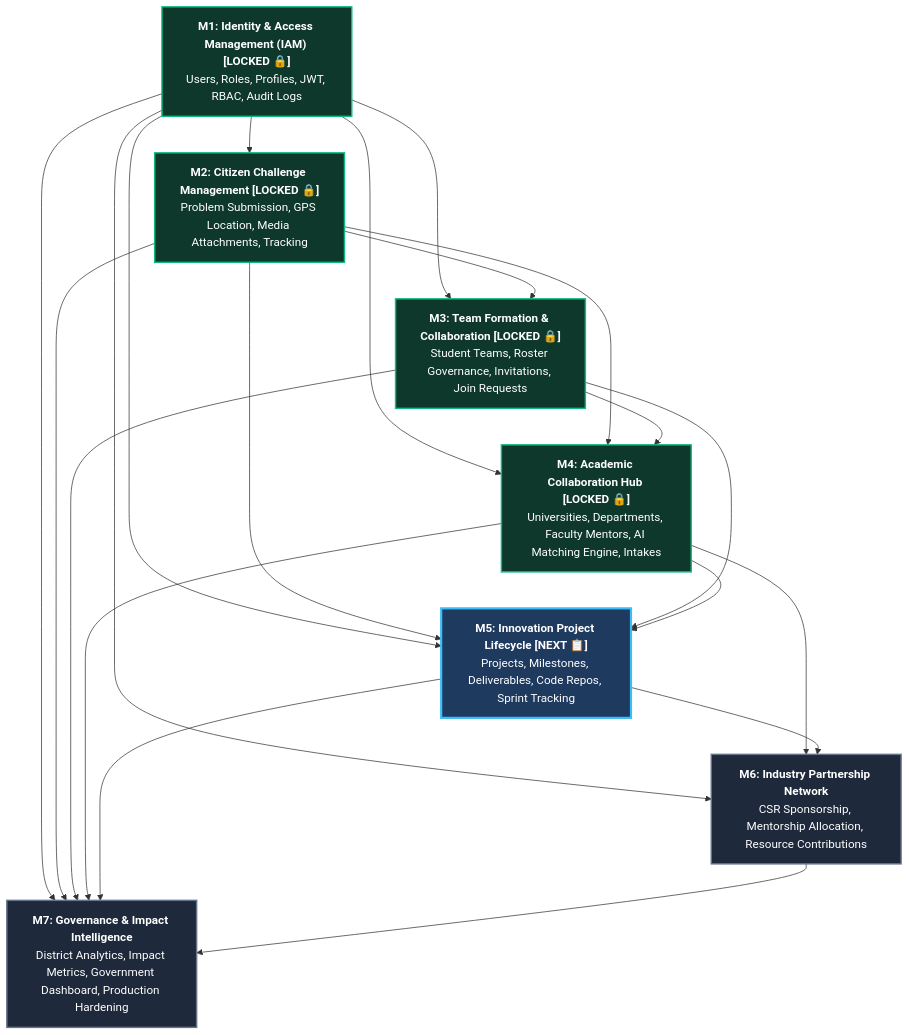
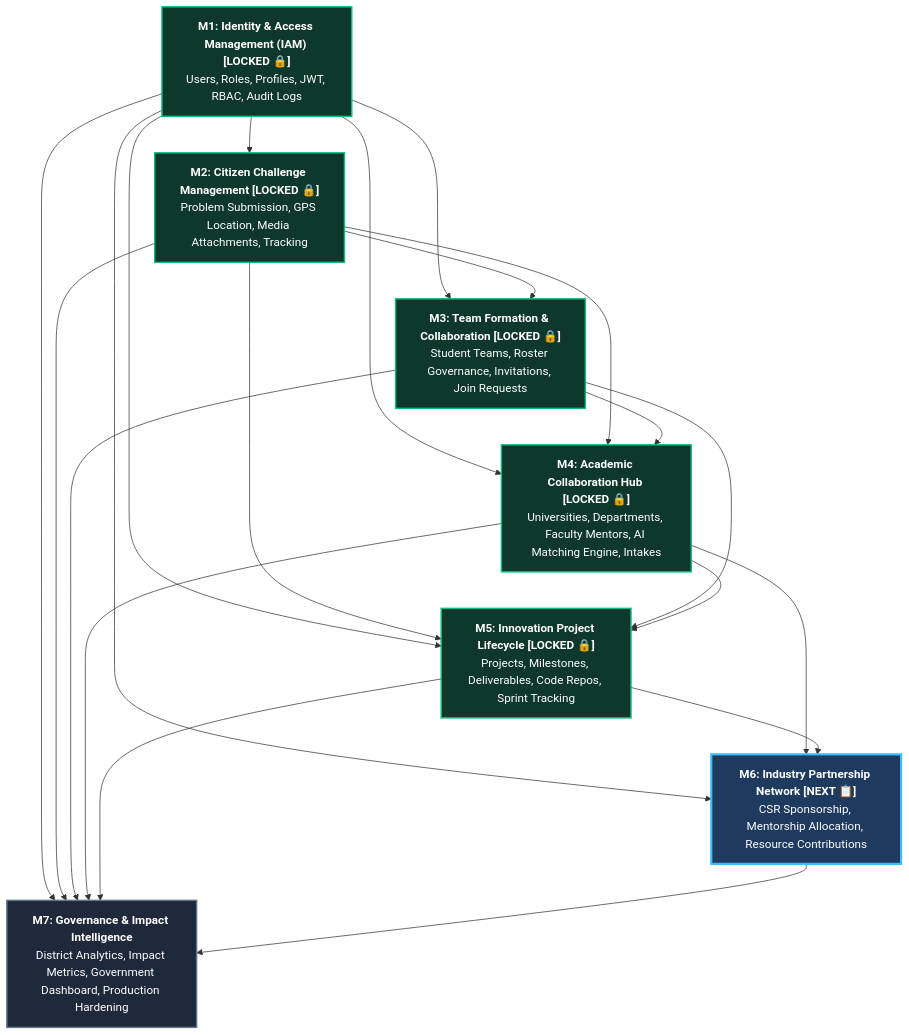
Before and after one commit to complex-day/SICP-National-Platform: the diagram in MODULE-DEPENDENCY.md, drawn with Mermaid. The commit also changed other lines of this file and 27 other files, not shown here.

Commit message:
feat(m5): complete innovation project lifecycle module and lock v5.0.0-m5-lock

````diff
--- a/MODULE-DEPENDENCY.md
+++ b/MODULE-DEPENDENCY.md
@@ -11,42 +11,42 @@
 ```mermaid
 graph TD
     M1["<b>M1: Identity & Access Management (IAM) [LOCKED 🔒]</b><br/>Users, Roles, Profiles, JWT, RBAC, Audit Logs"]
     
     M2["<b>M2: Citizen Challenge Management [LOCKED 🔒]</b><br/>Problem Submission, GPS Location, Media Attachments, Tracking"]
     M1 --> M2
 
     M3["<b>M3: Team Formation & Collaboration [LOCKED 🔒]</b><br/>Student Teams, Roster Governance, Invitations, Join Requests"]
     M1 --> M3
     M2 --> M3
 
     M4["<b>M4: Academic Collaboration Hub [LOCKED 🔒]</b><br/>Universities, Departments, Faculty Mentors, AI Matching Engine, Intakes"]
     M1 --> M4
     M2 --> M4
     M3 --> M4
 
-    M5["<b>M5: Innovation Project Lifecycle [NEXT 📋]</b><br/>Projects, Milestones, Deliverables, Code Repos, Sprint Tracking"]
+    M5["<b>M5: Innovation Project Lifecycle [LOCKED 🔒]</b><br/>Projects, Milestones, Deliverables, Code Repos, Sprint Tracking"]
     M1 --> M5
     M2 --> M5
     M3 --> M5
     M4 --> M5
 
-    M6["<b>M6: Industry Partnership Network</b><br/>CSR Sponsorship, Mentorship Allocation, Resource Contributions"]
+    M6["<b>M6: Industry Partnership Network [NEXT 📋]</b><br/>CSR Sponsorship, Mentorship Allocation, Resource Contributions"]
     M1 --> M6
     M4 --> M6
     M5 --> M6
 
     M7["<b>M7: Governance & Impact Intelligence</b><br/>District Analytics, Impact Metrics, Government Dashboard, Production Hardening"]
     M1 --> M7
     M2 --> M7
     M3 --> M7
     M4 --> M7
     M5 --> M7
     M6 --> M7
 
     classDef locked fill:#0f382c,stroke:#10b981,stroke-width:2px,color:#fff;
     classDef nextModule fill:#1e3a5f,stroke:#38bdf8,stroke-width:3px,color:#fff;
     classDef upcoming fill:#1e293b,stroke:#64748b,stroke-width:2px,color:#fff;
-    class M1,M2,M3,M4 locked;
-    class M5 nextModule;
-    class M6,M7 upcoming;
+    class M1,M2,M3,M4,M5 locked;
+    class M6 nextModule;
+    class M7 upcoming;
 ```
````
